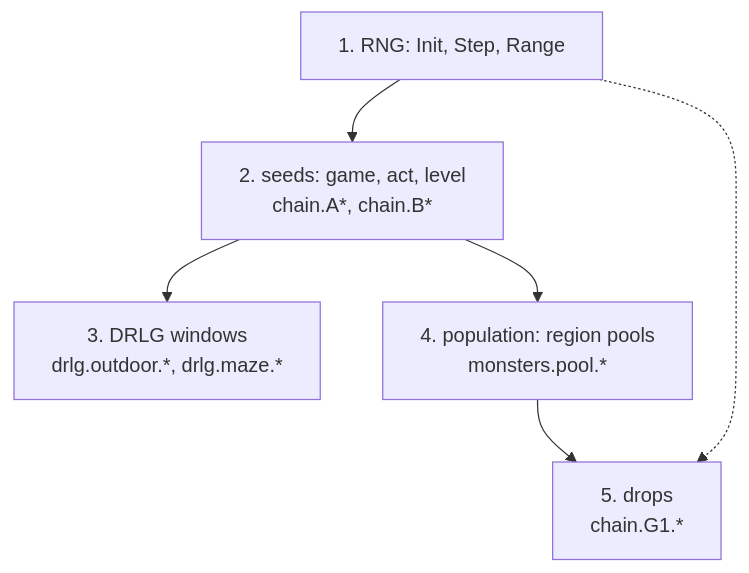
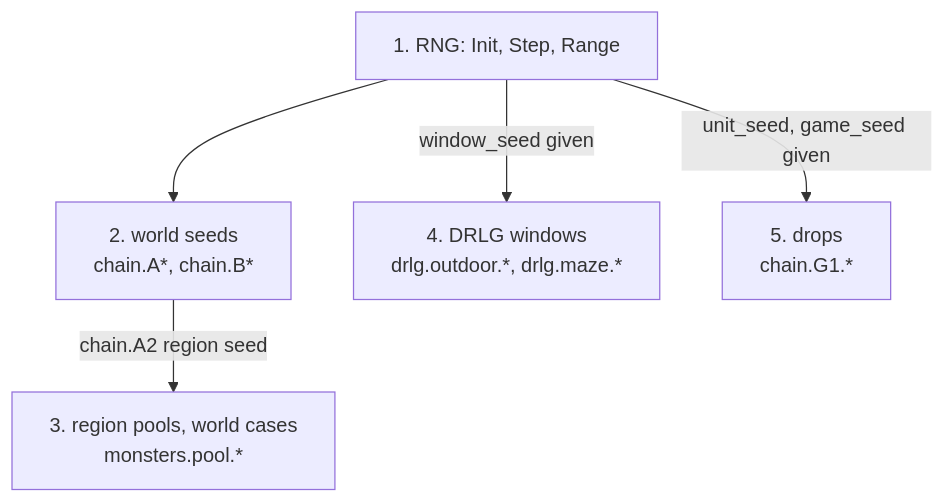
One commit to IgorKonovalov/diablo-2-recompilation changed the diagram in docs/specs/conformance/README.md. Above: the diagram before and after it, drawn with Mermaid. The commit also changed other lines of this file and 5 other files, not shown here.

````diff
--- a/docs/specs/conformance/README.md
+++ b/docs/specs/conformance/README.md
@@ -39,13 +39,12 @@
 ```mermaid
 flowchart TD
     rng["1. RNG: Init, Step, Range"]
-    seeds["2. seeds: game, act, level<br/>chain.A*, chain.B*"]
-    drlg["3. DRLG windows<br/>drlg.outdoor.*, drlg.maze.*"]
-    pop["4. population: region pools<br/>monsters.pool.*"]
+    seeds["2. world seeds<br/>chain.A*, chain.B*"]
+    pop["3. region pools, world cases<br/>monsters.pool.*"]
+    drlg["4. DRLG windows<br/>drlg.outdoor.*, drlg.maze.*"]
     drops["5. drops<br/>chain.G1.*"]
     rng --> seeds
-    seeds --> drlg
-    seeds --> pop
-    pop --> drops
-    rng -.-> drops
+    seeds -->|"chain.A2 region seed"| pop
+    rng -->|"window_seed given"| drlg
+    rng -->|"unit_seed, game_seed given"| drops
 ```
````
